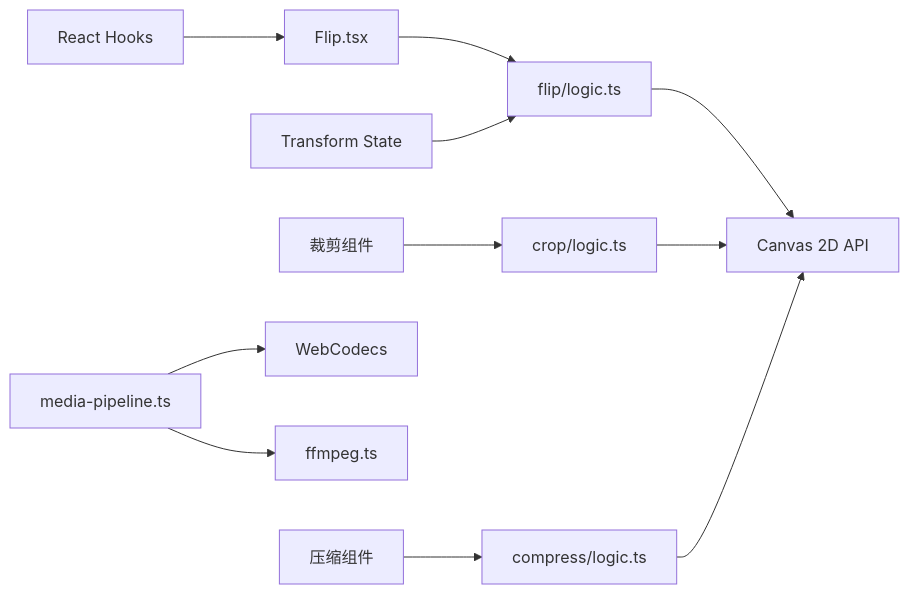
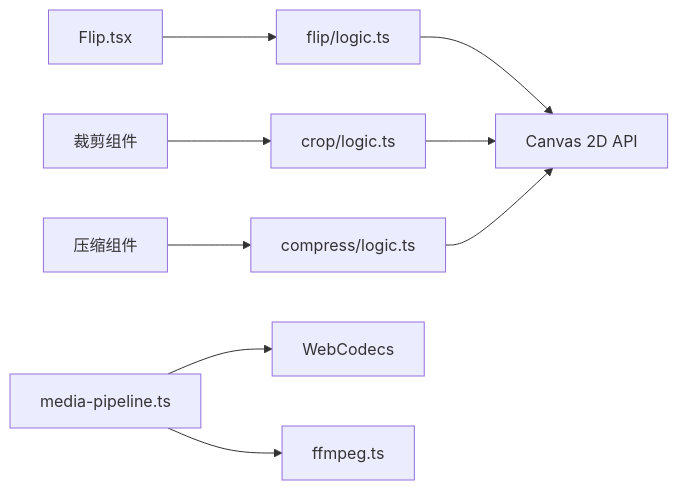
One commit to sgyy/privadeck changed the sixth of 6 diagrams in .qoder/repowiki/zh/content/图像工具/图像变换.md. Above: the diagram before and after it, drawn with Mermaid. The commit also changed other lines of this file and 48 other files, not shown here.

````diff
--- a/.qoder/repowiki/zh/content/图像工具/图像变换.md
+++ b/.qoder/repowiki/zh/content/图像工具/图像变换.md
@@ -283,13 +260,11 @@
 ```mermaid
 graph LR
 UI_FLIP["Flip.tsx"] --> LOGIC_FLIP["flip/logic.ts"]
 LOGIC_FLIP --> CANVAS["Canvas 2D API"]
 UI_CROP["裁剪组件"] --> LOGIC_CROP["crop/logic.ts"]
 LOGIC_CROP --> CANVAS
 UI_COMPRESS["压缩组件"] --> LOGIC_COMPRESS["compress/logic.ts"]
 LOGIC_COMPRESS --> CANVAS
 PIPE["media-pipeline.ts"] --> WEB_CODECS["WebCodecs"]
 PIPE --> FFMPEG["ffmpeg.ts"]
-HOOKS["React Hooks"] --> UI_FLIP
-STATES["Transform State"] --> LOGIC_FLIP
 ```
````
